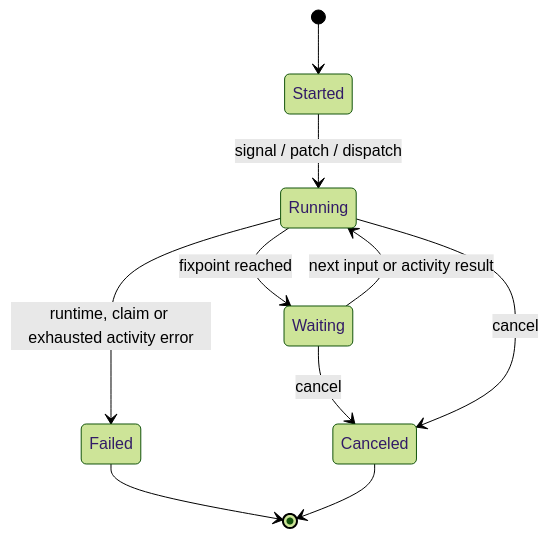
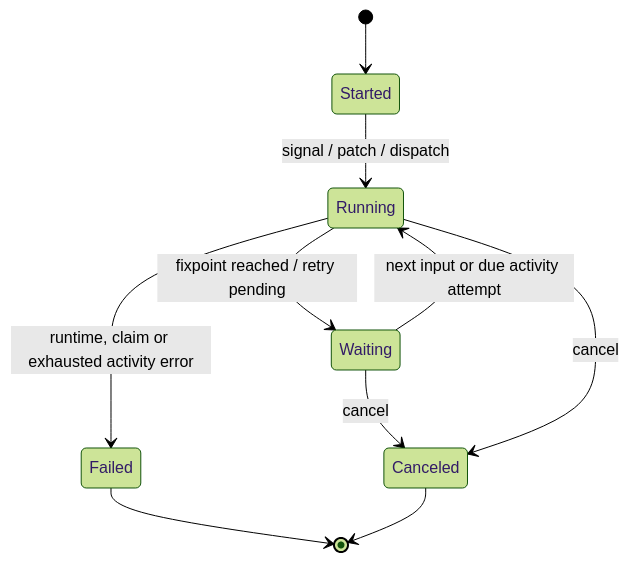
The third of 4 diagrams in ARCHITECTURE.md (Homiakus/axiom), drawn with Mermaid (forest theme) before and after one commit. The commit also changed other lines of this file, not shown here.

Commit message:
docs(architecture): describe persisted retry lifecycle

````diff
--- a/ARCHITECTURE.md
+++ b/ARCHITECTURE.md
@@ -87,12 +89,12 @@
 ```mermaid
 stateDiagram-v2
     [*] --> Started
     Started --> Running: signal / patch / dispatch
-    Running --> Waiting: fixpoint reached
-    Waiting --> Running: next input or activity result
+    Running --> Waiting: fixpoint reached / retry pending
+    Waiting --> Running: next input or due activity attempt
     Running --> Failed: runtime, claim or exhausted activity error
     Waiting --> Canceled: cancel
     Running --> Canceled: cancel
     Failed --> [*]
     Canceled --> [*]
 ```
````
